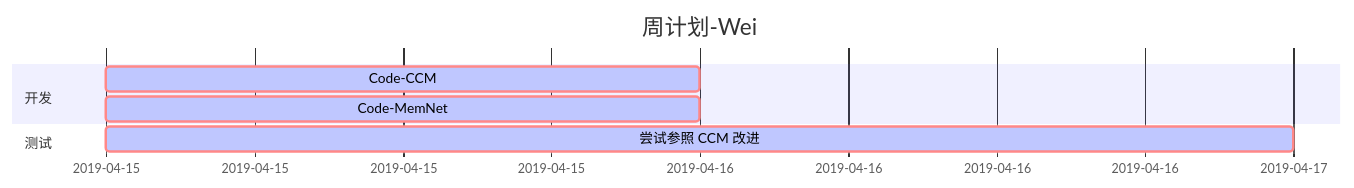
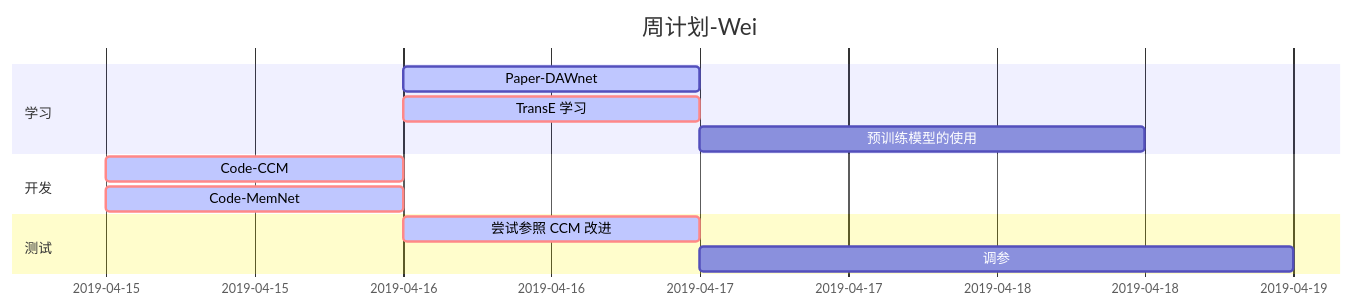
Before and after one commit to little-women/reading-list: the second of 2 diagrams in Planner.md, drawn with Mermaid. The commit also changed other lines of this file and 5 other files, not shown here.

````diff
--- a/Planner.md
+++ b/Planner.md
@@ -20,12 +20,18 @@
 ```mermaid
         gantt
         dateFormat  YYYY-MM-DD
         title 周计划-Wei
+        
+        section 学习
+        Paper-DAWnet      :active, 2019-04-16, 1d
+        TransE 学习          :crit, active, study1, 2019-04-16, 1d
+        预训练模型的使用          :after study1, 36h
         
         section 开发
         Code-CCM                      :crit, active,2019-04-15, 1d
         Code-MemNet                   :crit, active,2019-04-15, 1d
     
         section 测试
-        尝试参照 CCM 改进                   :crit, active,2019-04-15, 2d
+        尝试参照 CCM 改进                   :crit, active, task1, 2019-04-16, 1d
+        调参                        :task2, after task1, 2d
 ```
````
